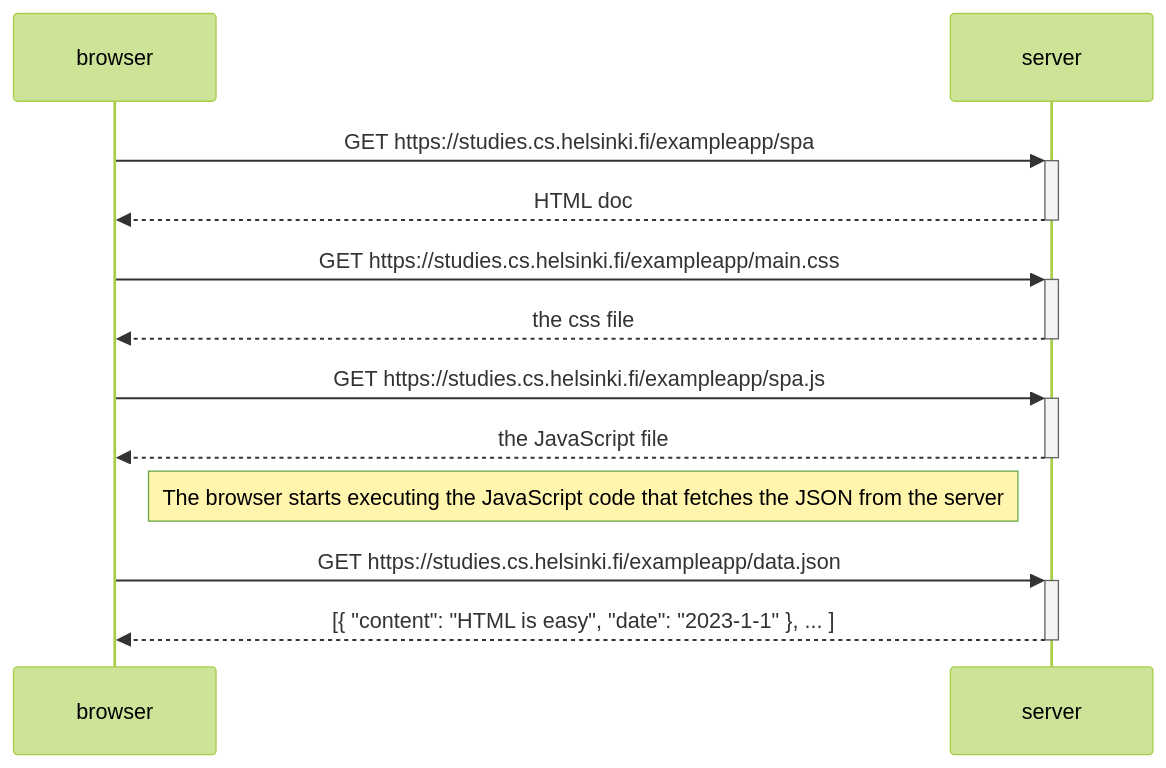
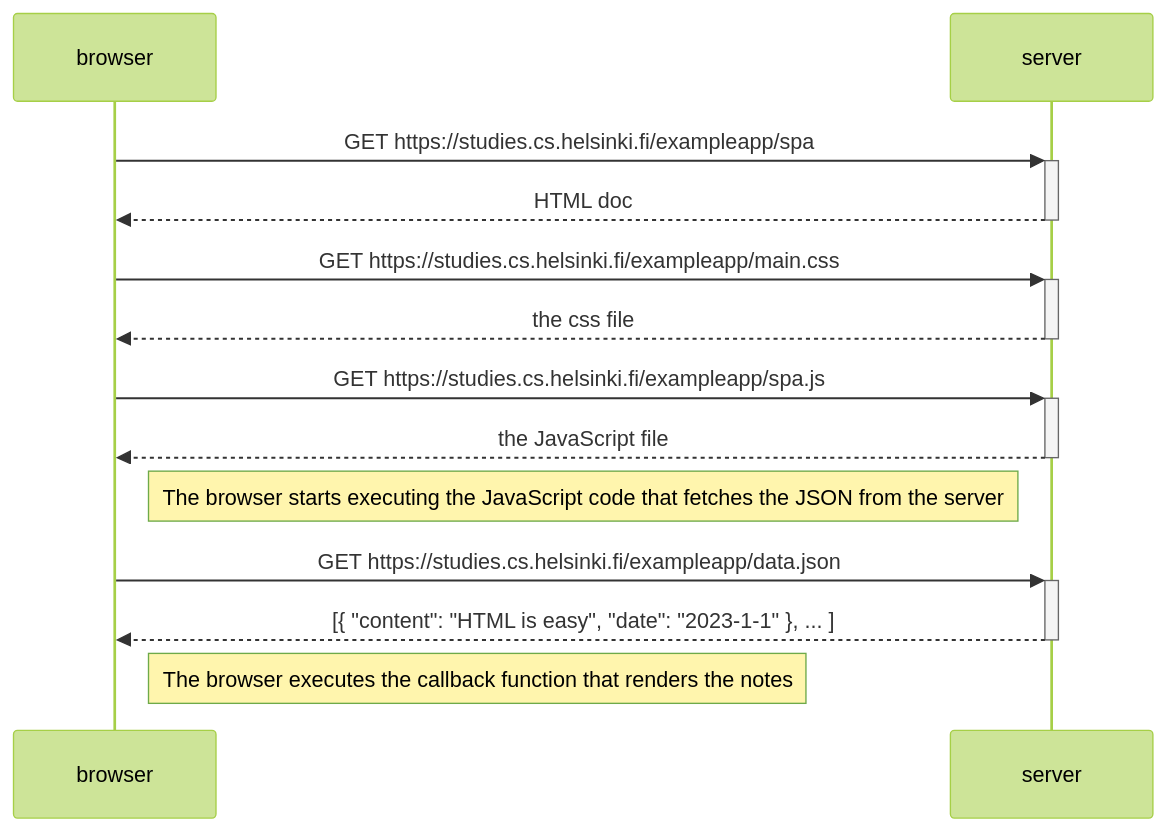
One commit to Tuto9er/fullstackopen changed the diagram in PART0/ex_5.mmd. Above: the diagram before and after it, drawn with Mermaid (forest theme).

Commit message:
Update ex_5.mmd
Note added

```diff
--- a/PART0/ex_5.mmd
+++ b/PART0/ex_5.mmd
@@ -1,13 +1,14 @@
 sequenceDiagram
   participant browser as browser
   participant server as server
 
   browser ->>+ server: GET https://studies.cs.helsinki.fi/exampleapp/spa
   server -->>- browser: HTML doc
   browser ->>+ server: GET https://studies.cs.helsinki.fi/exampleapp/main.css
   server -->>- browser: the css file
   browser ->>+ server: GET https://studies.cs.helsinki.fi/exampleapp/spa.js
   server -->>- browser: the JavaScript file
   Note right of browser: The browser starts executing the JavaScript code that fetches the JSON from the server
   browser ->>+ server: GET https://studies.cs.helsinki.fi/exampleapp/data.json
   server -->>- browser: [{ "content": "HTML is easy", "date": "2023-1-1" }, ... ]
+  Note right of browser: The browser executes the callback function that renders the notes
```
